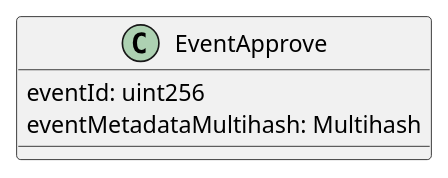
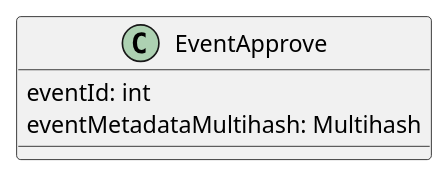
The seventh of 25 diagrams in README.org (ai-shift/cyber-valley-tickets), drawn with PlantUML before and after one commit. The commit also changed other lines of this file and 6 other files, not shown here.

```diff
--- a/README.org
+++ b/README.org
@@ -200,6 +201,6 @@
 #+begin_src plantuml :file ./img/event-approve.png
 class EventApprove {
-  eventId: uint256
+  eventId: int
   eventMetadataMultihash: Multihash
 }
 #+end_src
```
